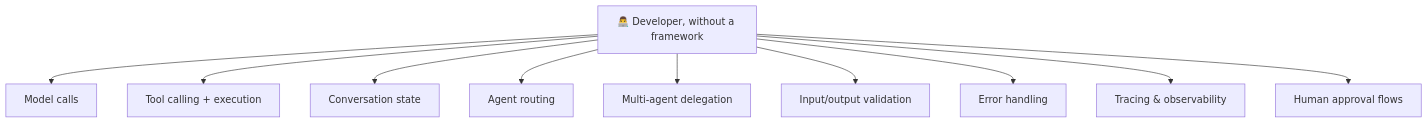
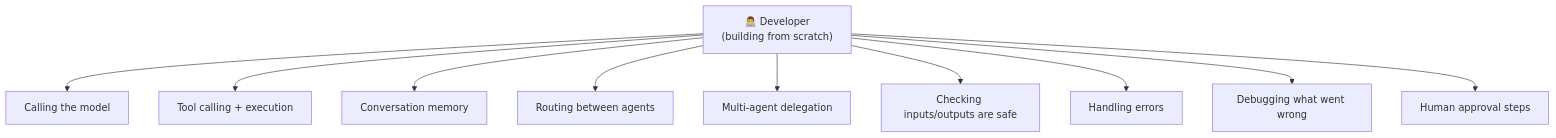
One commit to maliksiddiq/learning-agentic-ai changed the sixth of 31 diagrams in Agentic Ai Learning/08 Open-ai-agent-sdk/00 Introduction/Readme.md. Above: the diagram before and after it, drawn with Mermaid. The commit also changed other lines of this file, not shown here.

Commit message:
Introduction OF open-ai-agent-sdk

````diff
--- a/Agentic Ai Learning/08 Open-ai-agent-sdk/00 Introduction/Readme.md
+++ b/Agentic Ai Learning/08 Open-ai-agent-sdk/00 Introduction/Readme.md
@@ -143,12 +174,12 @@
 ```mermaid
 flowchart TD
-    Dev[👨‍💻 Developer, without a framework] --> A[Model calls]
+    Dev["👨‍💻 Developer<br/>(building from scratch)"] --> A[Calling the model]
     Dev --> B[Tool calling + execution]
-    Dev --> C[Conversation state]
-    Dev --> D[Agent routing]
+    Dev --> C[Conversation memory]
+    Dev --> D[Routing between agents]
     Dev --> E[Multi-agent delegation]
-    Dev --> F[Input/output validation]
-    Dev --> G[Error handling]
-    Dev --> H[Tracing & observability]
-    Dev --> I[Human approval flows]
+    Dev --> F[Checking inputs/outputs are safe]
+    Dev --> G[Handling errors]
+    Dev --> H[Debugging what went wrong]
+    Dev --> I[Human approval steps]
 ```
````
